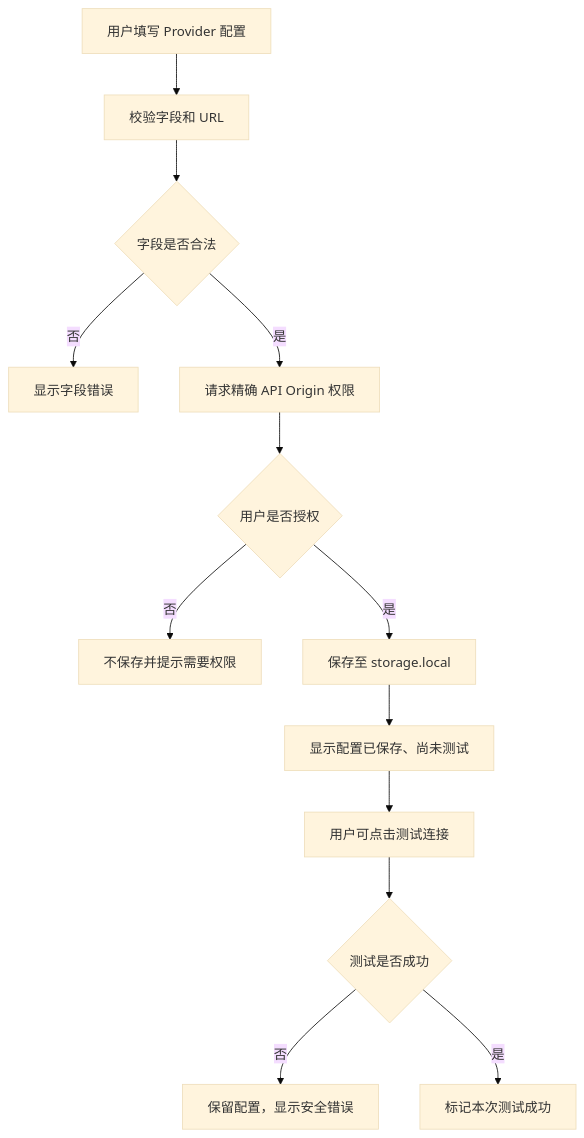
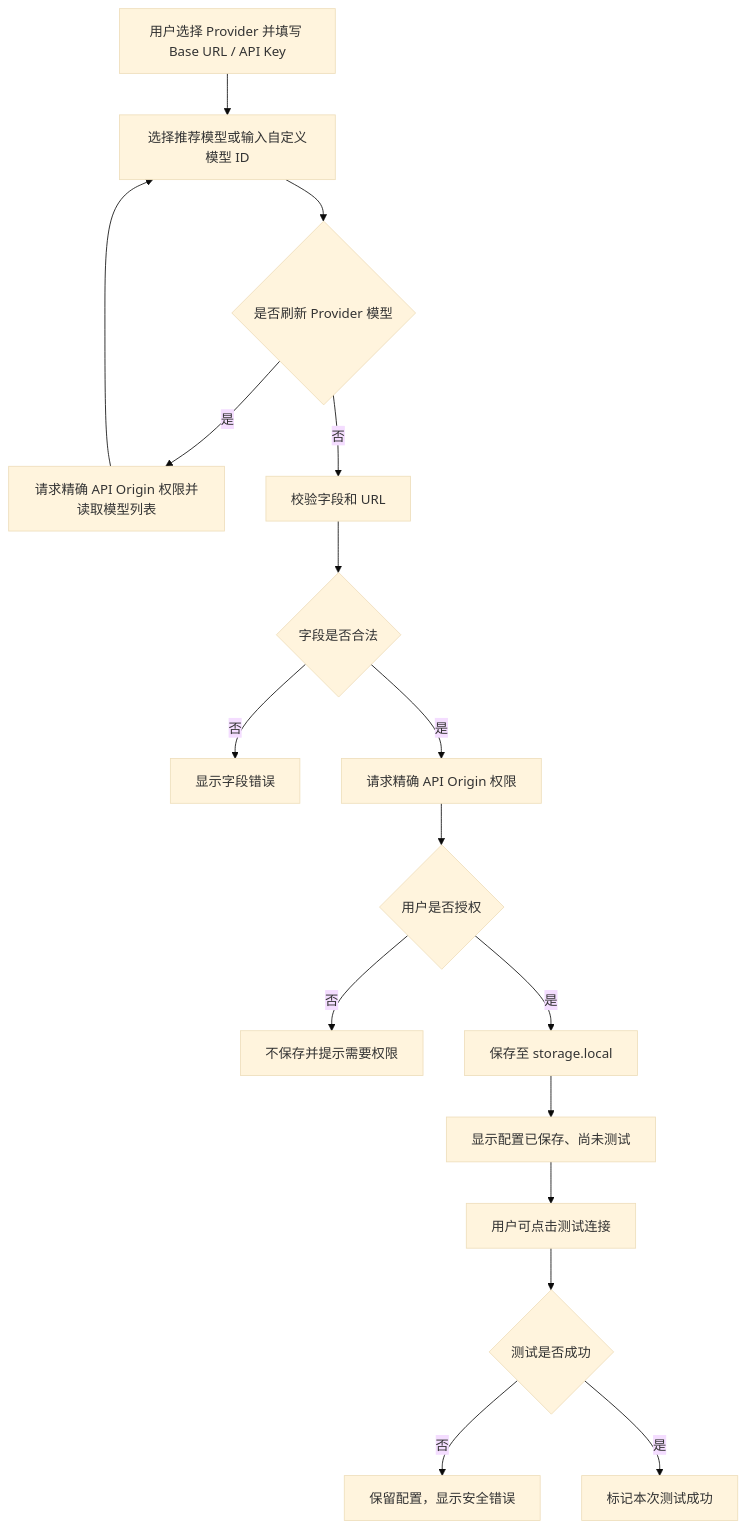
The sixth of 6 diagrams in docs/INTERACTIONS.md (hexfeng/Blink), drawn with Mermaid (base theme) before and after one commit. The commit also changed other lines of this file and 17 other files, not shown here.

````diff
--- a/docs/INTERACTIONS.md
+++ b/docs/INTERACTIONS.md
@@ -135,15 +135,19 @@
 ```mermaid
 flowchart TD
-    A[用户填写 Provider 配置] --> B[校验字段和 URL]
-    B --> C{字段是否合法}
-    C -- 否 --> D[显示字段错误]
-    C -- 是 --> E[请求精确 API Origin 权限]
+    A[用户选择 Provider 并填写 Base URL / API Key] --> B[选择推荐模型或输入自定义模型 ID]
+    B --> R{是否刷新 Provider 模型}
+    R -- 是 --> S[请求精确 API Origin 权限并读取模型列表]
+    S --> B
+    R -- 否 --> C[校验字段和 URL]
+    C --> V{字段是否合法}
+    V -- 否 --> D[显示字段错误]
+    V -- 是 --> E[请求精确 API Origin 权限]
     E --> F{用户是否授权}
     F -- 否 --> G[不保存并提示需要权限]
     F -- 是 --> H[保存至 storage.local]
     H --> I[显示配置已保存、尚未测试]
     I --> J[用户可点击测试连接]
     J --> K{测试是否成功}
     K -- 否 --> L[保留配置，显示安全错误]
     K -- 是 --> M[标记本次测试成功]
 ```
````
